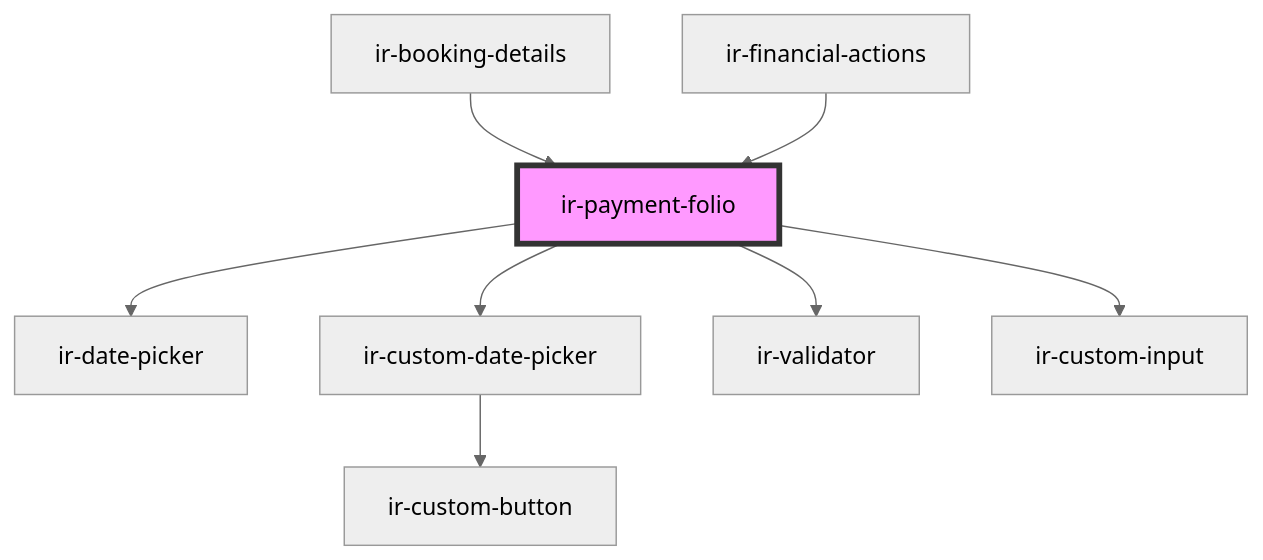
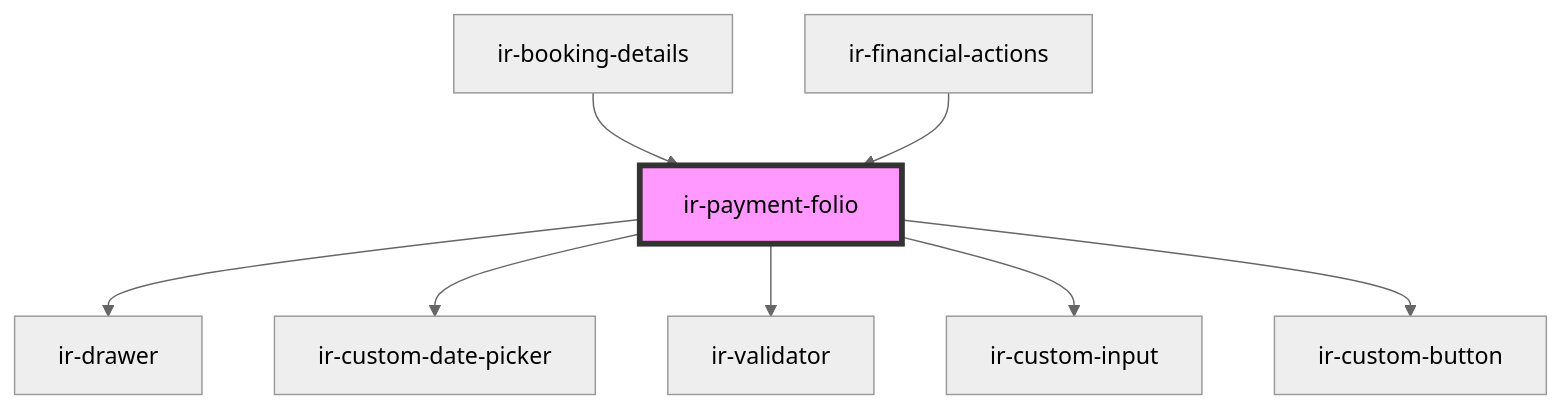
One commit to David1Chowaifaty/modified-ir-webcmp changed the diagram in src/components/ir-booking-details/ir-payment-details/ir-payment-folio/readme.md. Above: the diagram before and after it, drawn with Mermaid (neutral theme). The commit also changed other lines of this file and 25 other files, not shown here.

````diff
--- a/src/components/ir-booking-details/ir-payment-details/ir-payment-folio/readme.md
+++ b/src/components/ir-booking-details/ir-payment-details/ir-payment-folio/readme.md
@@ -42,11 +66,11 @@
 ```mermaid
 graph TD;
-  ir-payment-folio --> ir-date-picker
+  ir-payment-folio --> ir-drawer
   ir-payment-folio --> ir-custom-date-picker
   ir-payment-folio --> ir-validator
   ir-payment-folio --> ir-custom-input
-  ir-custom-date-picker --> ir-custom-button
+  ir-payment-folio --> ir-custom-button
   ir-booking-details --> ir-payment-folio
   ir-financial-actions --> ir-payment-folio
   style ir-payment-folio fill:#f9f,stroke:#333,stroke-width:4px
 ```
````
